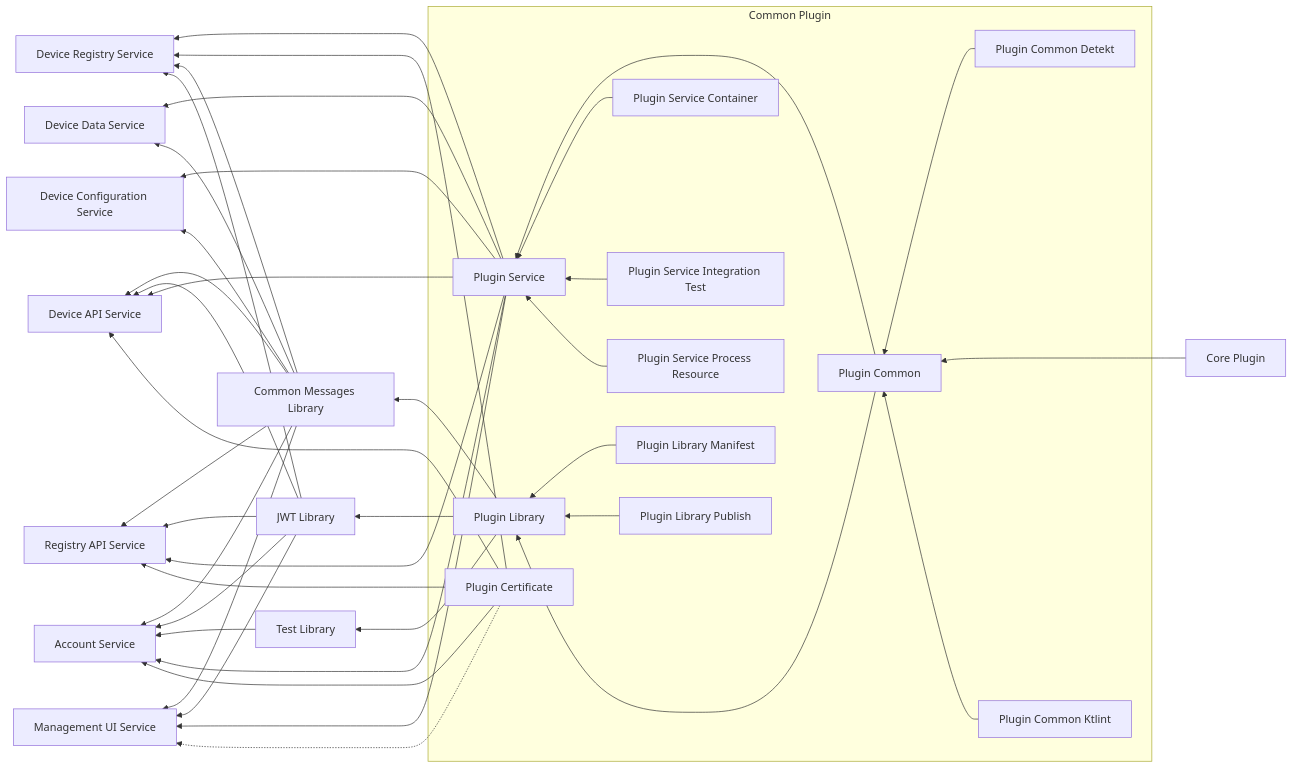
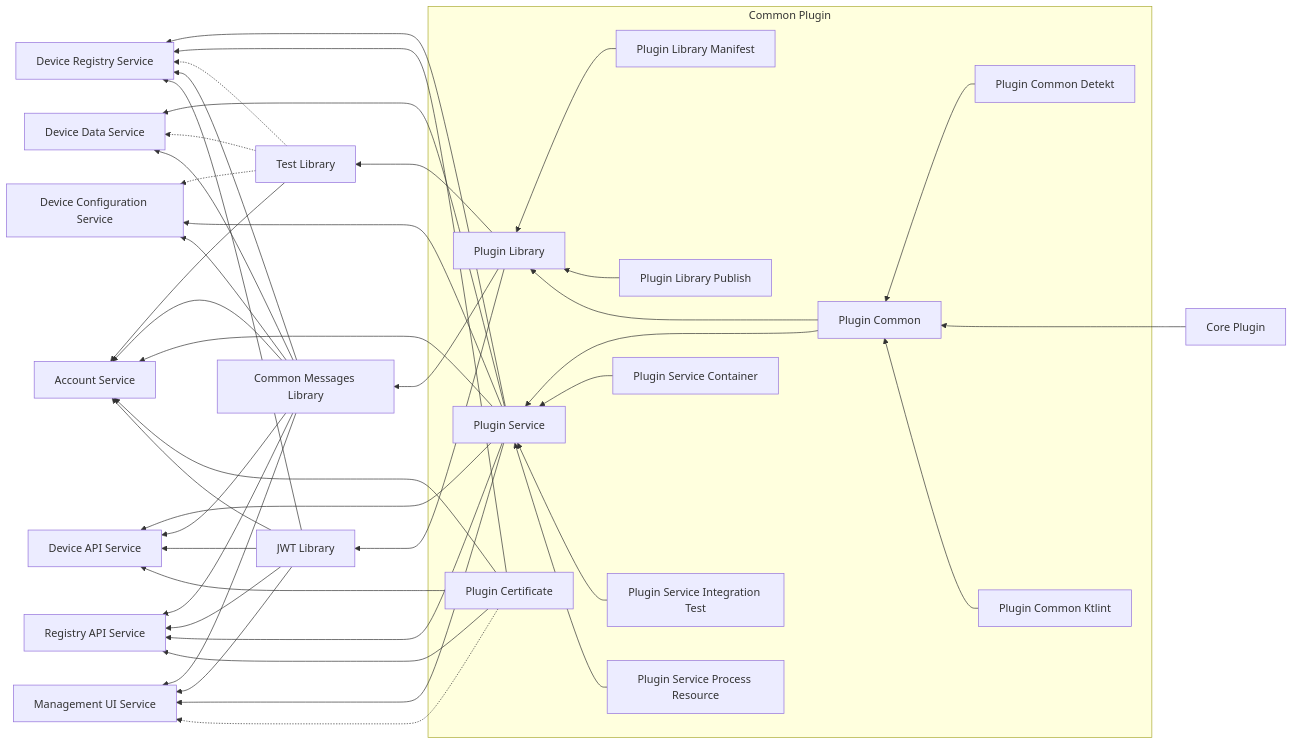
One commit to swordsteel/hlaeja-development changed the second of 2 diagrams in doc/dependency.md. Above: the diagram before and after it, drawn with Mermaid. The commit also changed other lines of this file, not shown here.

````diff
--- a/doc/dependency.md
+++ b/doc/dependency.md
@@ -44,77 +54,81 @@
 ```mermaid
 graph RL
 ;
+
   CP[Core Plugin]
   subgraph SCP [Common Plugin]
     PL[Plugin Library]
     PLM[Plugin Library Manifest]
     PLP[Plugin Library Publish]
     PCo[Plugin Common]
     PCoD[Plugin Common Detekt]
     PCoK[Plugin Common Ktlint]
     PCe[Plugin Certificate]
     PS[Plugin Service]
     PSC[Plugin Service Container]
     PSIT[Plugin Service Integration Test]
     PSPR[Plugin Service Process Resource]
   end
+  
   PLM --> PL
   PLP --> PL
   PCo ---> PL
   PCoD --> PCo
   CP ---> PCo
   PCoK --> PCo
   PCo ---> PS
   PSC --> PS
   PSIT --> PS
   PSPR --> PS
 
   CML[Common Messages Library]
   PL --> CML
 
   JL[JWT Library]
   PL --> JL
 
   TL[Test Library]
   PL --> TL
 
   DRS[Device Registry Service]
   PS --> DRS
   PCe --> DRS
+  TL -.-> DRS
   CML --> DRS
   JL --> DRS
 
   DDS[Device Data Service]
   PS --> DDS
+  TL -.-> DDS
   CML --> DDS
 
   DCS[Device Configuration Service]
+  TL -.-> DCS
   PS --> DCS
   CML --> DCS
 
+  AS[Account Service]
+  TL --> AS
+  CML --> AS
+  PS --> AS
+  PCe --> AS
+  JL --> AS
+
   DAS[Device API Service]
+  PS --> DAS
   CML --> DAS
   JL --> DAS
-  PS --> DAS
   PCe --> DAS
 
   RAS[Registry API Service]
   CML --> RAS
   JL --> RAS
   PS --> RAS
   PCe --> RAS
 
-  AS[Account Service]
-  CML --> AS
-  JL --> AS
-  TL --> AS
-  PS --> AS
-  PCe --> AS
-
   MUS[Management UI Service]
   CML --> MUS
   JL --> MUS
   PS --> MUS
   PCe -.-> MUS
-
 ```
````
